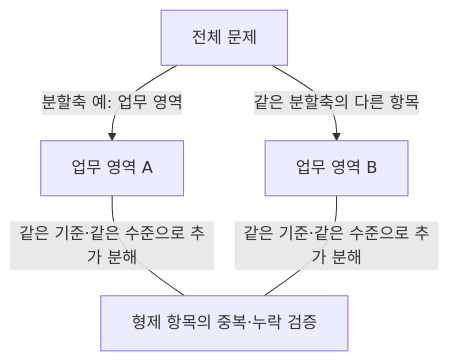
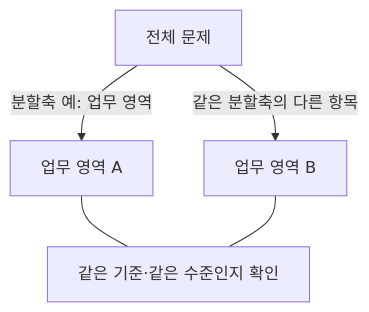
One commit to agnusdei1207/study changed the third of 4 diagrams in src/content/docs/notes/itpe/01-it-strategy/045_mece.md. Above: the diagram before and after it, drawn with Mermaid. The commit also changed other lines of this file and 30 other files, not shown here.

````diff
--- a/src/content/docs/notes/itpe/01-it-strategy/045_mece.md
+++ b/src/content/docs/notes/itpe/01-it-strategy/045_mece.md
@@ -116,7 +118,7 @@
 ```mermaid
 flowchart TD
     ROOT["전체 문제"] -->|"분할축 예: 업무 영역"| A["업무 영역 A"]
     ROOT -->|"같은 분할축의 다른 항목"| B["업무 영역 B"]
-    A ---|"같은 기준·같은 수준으로 추가 분해"| CHECK["형제 항목의 중복·누락 검증"]
-    B ---|"같은 기준·같은 수준으로 추가 분해"| CHECK
+    A --- CHECK["같은 기준·같은 수준인지 확인"]
+    B --- CHECK
 ```
````
